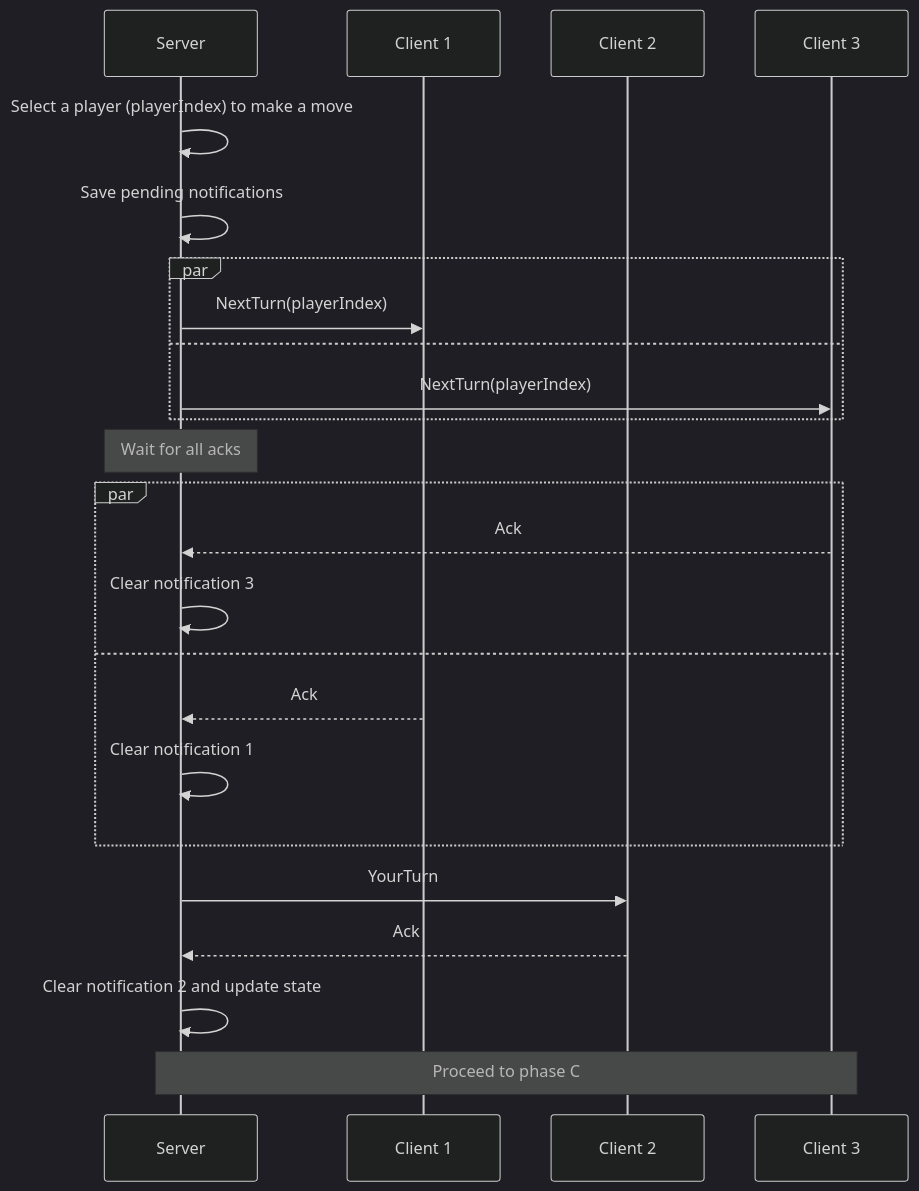
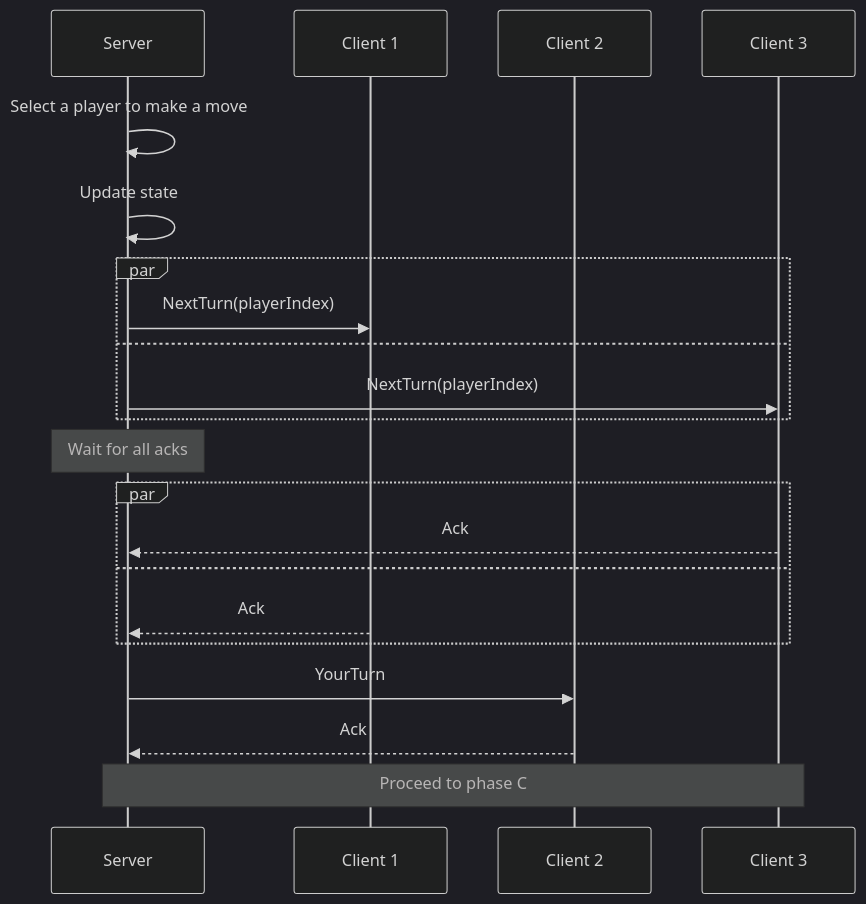
The third of 15 diagrams in README.md (roman-zubarevich/another), drawn with Mermaid (dark theme) before and after one commit. The commit also changed other lines of this file, not shown here.

````diff
--- a/README.md
+++ b/README.md
@@ -74,26 +85,23 @@
 ```mermaid
 sequenceDiagram
     participant S as Server
     participant C1 as Client 1
     participant C2 as Client 2
     participant C3 as Client 3
-    S->>S: Select a player (playerIndex) to make a move
-    S->>S: Save pending notifications
+    S->>S: Select a player to make a move
+    S->>S: Update state
     par
         S->>C1: NextTurn(playerIndex)
     and
         S->>C3: NextTurn(playerIndex)
     end
     Note over S: Wait for all acks
     par
         C3-->>S: Ack
-        S->>S: Clear notification 3
     and
         C1-->>S: Ack
-        S->>S: Clear notification 1
     end
     S->>C2: YourTurn
     C2-->>S: Ack
-    S->>S: Clear notification 2 and update state
     Note over S,C3: Proceed to phase C
 ```
````
